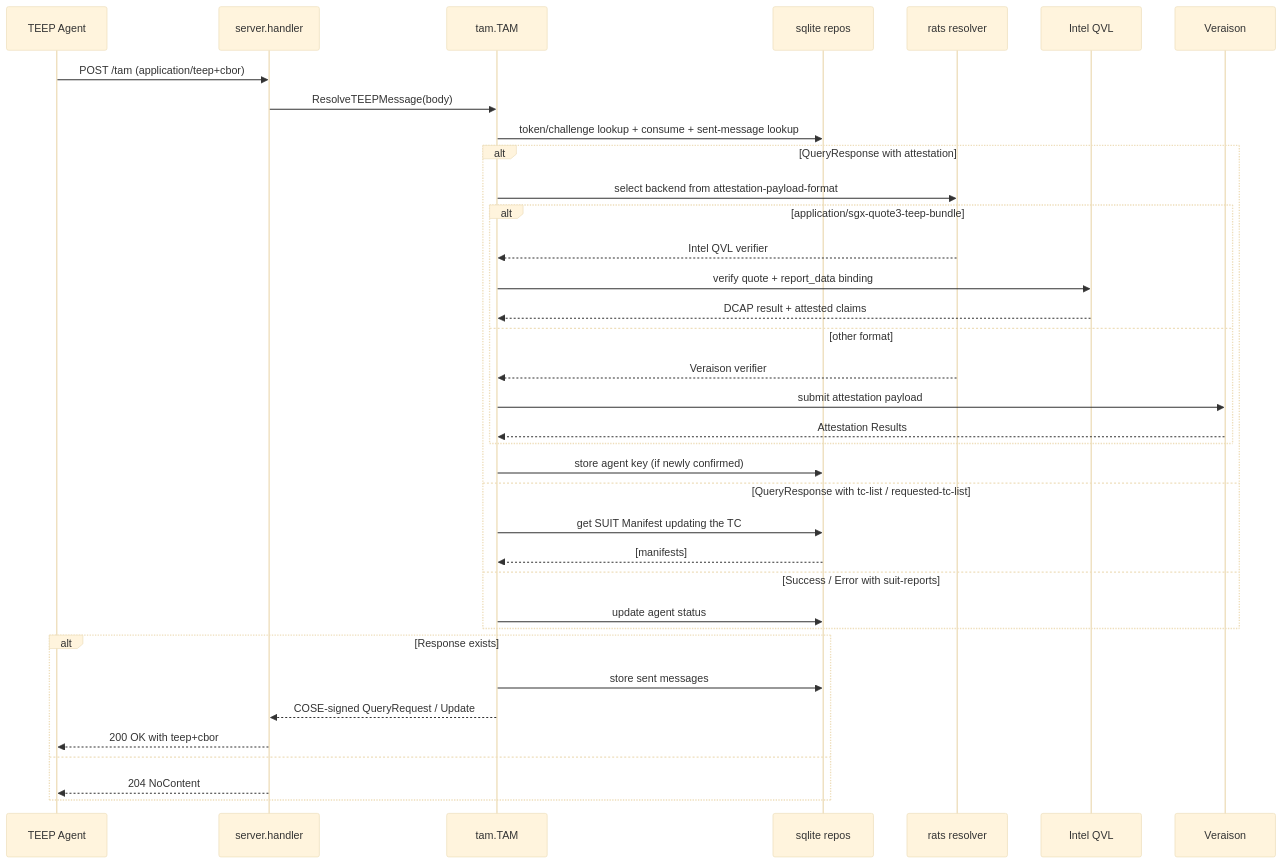
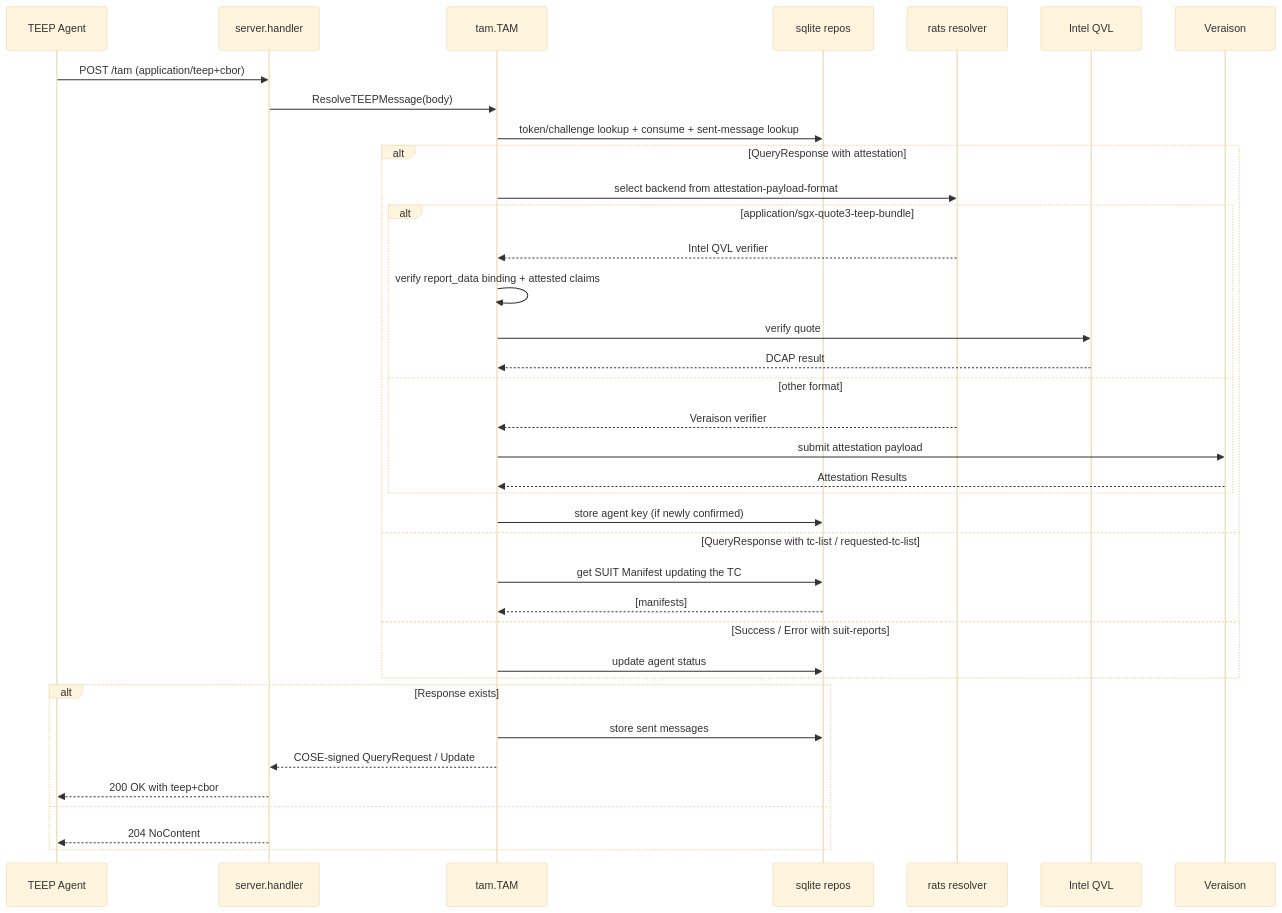
Before and after one commit to kentakayama/AttesTAM: the third of 4 diagrams in doc/INTERNAL_DESIGN.md, drawn with Mermaid (base theme). The commit also changed other lines of this file and 11 other files, not shown here.

````diff
--- a/doc/INTERNAL_DESIGN.md
+++ b/doc/INTERNAL_DESIGN.md
@@ -87,40 +87,41 @@
 ```mermaid
 sequenceDiagram
     participant Client as TEEP Agent
     participant H as server.handler
     participant T as tam.TAM
     participant DB as sqlite repos
     participant R as rats resolver
     participant Q as Intel QVL
     participant V as Veraison
 
     Client->>H: POST /tam (application/teep+cbor)
     H->>T: ResolveTEEPMessage(body)
     T->>DB: token/challenge lookup + consume + sent-message lookup
     alt QueryResponse with attestation
         T->>R: select backend from attestation-payload-format
         alt application/sgx-quote3-teep-bundle
             R-->>T: Intel QVL verifier
-            T->>Q: verify quote + report_data binding
-            Q-->>T: DCAP result + attested claims
+            T->>T: verify report_data binding + attested claims
+            T->>Q: verify quote
+            Q-->>T: DCAP result
         else other format
             R-->>T: Veraison verifier
             T->>V: submit attestation payload
             V-->>T: Attestation Results
         end
         T->>DB: store agent key (if newly confirmed)
     else QueryResponse with tc-list / requested-tc-list
         T->>DB: get SUIT Manifest updating the TC
         DB-->>T: [manifests]
     else Success / Error with suit-reports
         T->>DB: update agent status
     end
 
     alt Response exists
         T->>DB: store sent messages
         T-->>H: COSE-signed QueryRequest / Update
         H-->>Client: 200 OK with teep+cbor
     else
         H-->>Client: 204 NoContent
     end
 ```
````
